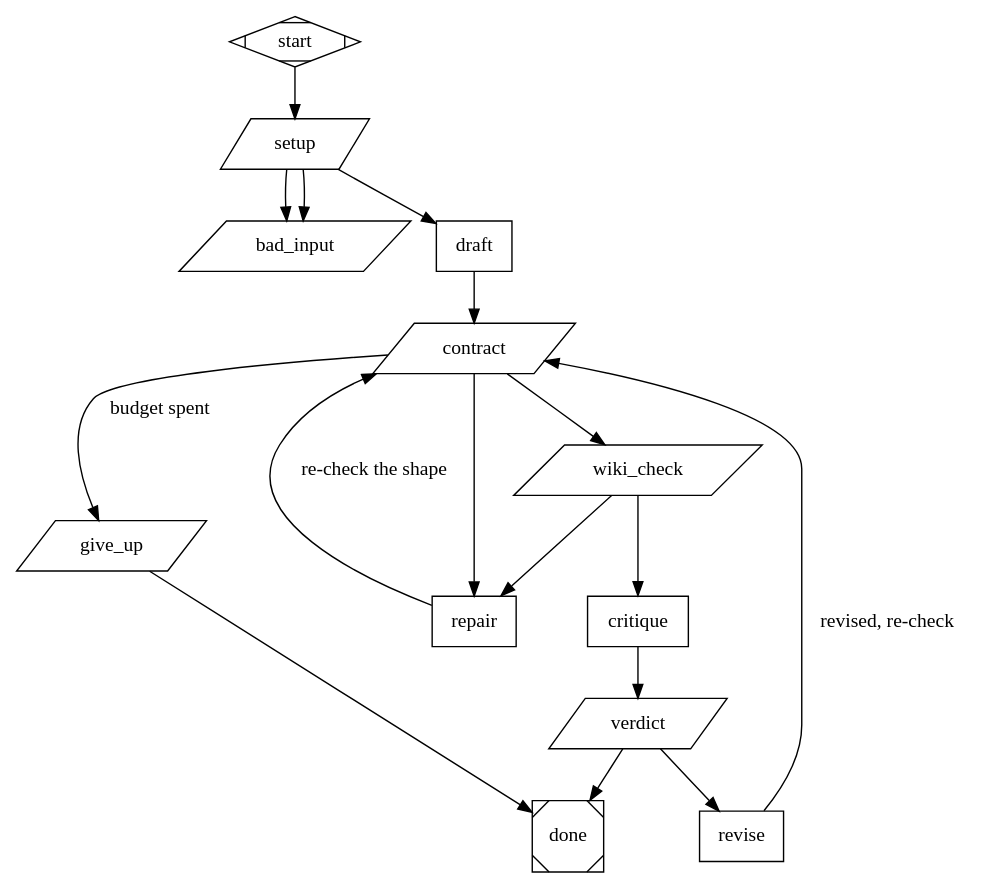
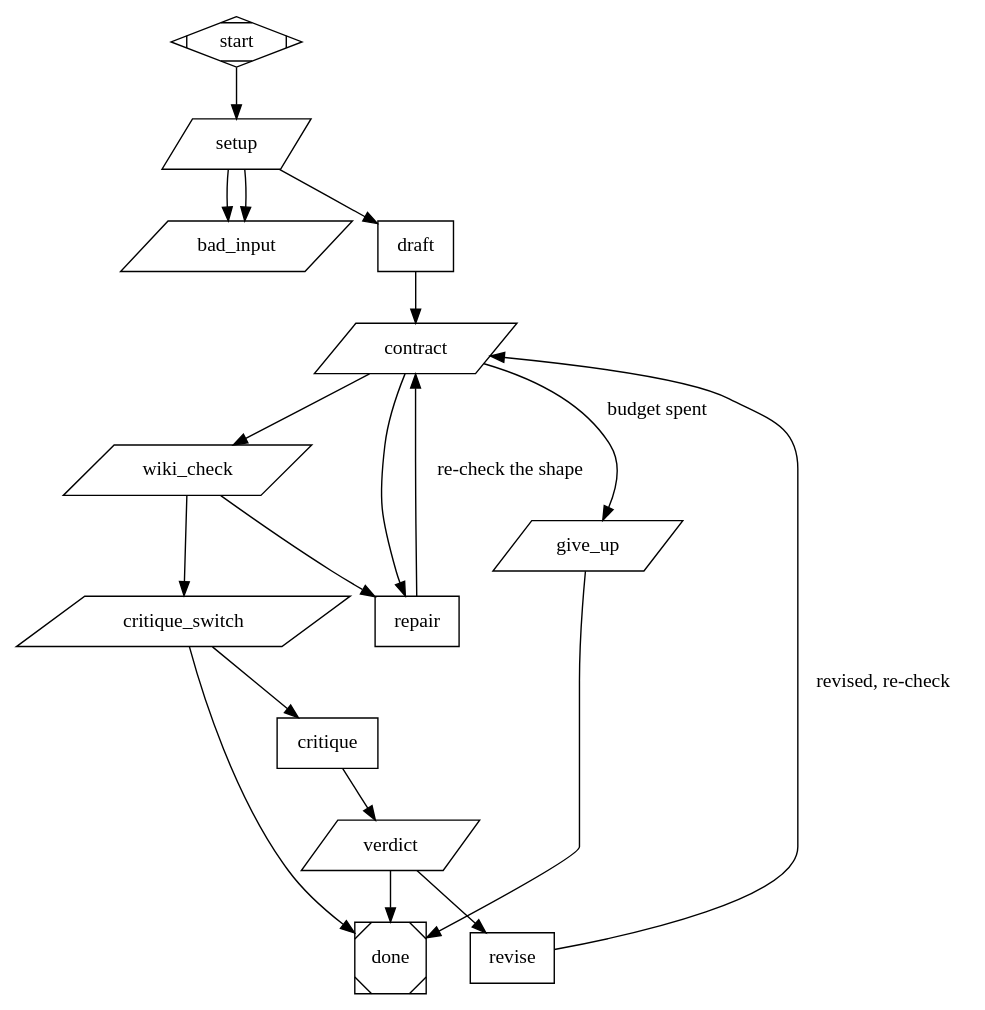
One commit to mparrett/let-go changed the diagram in tools/docs-runner/pipelines/page-update.dot. Above: the diagram before and after it, drawn with Graphviz. The commit also changed 2 other files, not shown here.

Commit message:
Make attractor's critique stage opt-in
Critique came with the attempt/verify/critique shape borrowed from
strange-lettractor's task-runner example, where it judges code against a
definition of done. On 436b407d it approved every wiki page on the first
pass, ran longer than the draft on two of three pages, accounted for most
of attractor's 5.5x cost over one-shot, and let both real defects through.

A switch after the validator now routes a page that clears both
mechanical gates straight to done unless ATTRACTOR_CRITIQUE=1 (template
variable attractor-critique, workflow input attractor_critique). The
contract repair loop is unchanged. `attractor validate`: 13 nodes, 18
edges, 0 errors.

````diff
--- a/tools/docs-runner/pipelines/page-update.dot
+++ b/tools/docs-runner/pipelines/page-update.dot
@@ -1,132 +1,145 @@
 // Draft, mechanically check, critique, revise -- one wiki page.
 //
 // This is the whole experiment. The docs runner's other backends answer
 // SYSTEM_PROMPT + USER_PROMPT with a single model call and take whatever comes
 // back; runner.py then applies four contract checks to the reply and, when one
 // fails, SKIPS the page. This graph puts those same four checks inside the loop
 // instead, so a reply that would have been dropped is handed back to the model
 // with the reason, and adds a critique pass over replies that are structurally
 // fine. Same harness, same page selection, same pull request -- the generation
 // step is the only thing that differs.
 //
 // Called by backends.AttractorBackend, which writes task.system.md and
 // task.user.md into a fresh working directory and reads state/answer.md back.
 // The file names are the interface between the two and must agree.
 
 digraph WikiPageUpdate {
     graph [
         goal="Produce the updated wiki page demanded by task.system.md and task.user.md, as state/answer.md, satisfying the reply contract the docs runner enforces and surviving a critique against the task's own rules.",
 
         default_max_retries=2,
         default_fidelity="truncate",
 
         // Nothing routes here on its own; every loop below re-enters through
         // the contract gate, which is where the iteration budget lives.
         retry_target="give_up"
     ]
 
     node [timeout="20m"]
     start [shape=Mdiamond]
     done  [shape=Msquare]
 
     // The budget is deliberately small. Each iteration is a full model call
     // over a diff plus a page body, this runs once per page, and a run does up
     // to MAX_PAGES_PER_RUN of them -- so a generous budget here multiplies into
     // real money and a job that outlives the Action's timeout. Three is enough
-    // for draft, one mechanical repair and one critique revision, which is the
-    // shape the failures actually take.
+    // for draft, one mechanical repair and one critique revision (when
+    // critique is on), which is the shape the failures actually take.
     setup [shape=parallelogram, timeout="30s", class="glue", max_retries=0,
         tool_command="if [ ! -s task.system.md ] || [ ! -s task.user.md ]; then printf missing; exit 0; fi; mkdir -p state || exit 1; B=${ATTRACTOR_PAGE_MAX_ITERATIONS:-3}; case \"$B\" in ''|*[!0-9]*) B=3;; esac; if [ \"$B\" -lt 1 ] || [ \"$B\" -gt 8 ]; then B=3; fi; echo \"$B\" > state/budget; printf ok"]
 
     bad_input [shape=parallelogram, timeout="30s", class="glue", max_retries=0,
         tool_command="echo 'FATAL: task.system.md or task.user.md missing or empty' >&2; exit 1"]
 
     // `must_write` rather than trusting the prose: a maker stage that answers in
     // chat instead of writing the file is a real failure mode, and catching it
     // here names it instead of letting the contract gate report an empty answer.
     draft [shape=box, class="maker", must_write="state/answer.md",
         prompt="Read task.system.md IN FULL -- it is your system prompt and its output contract is binding, and it is the ONLY place that says which of two jobs this is. Updating an existing page asks for the complete updated page starting with its frontmatter block, or the exact words NO CHANGE. Deciding whether a source file needs a NEW page asks for a PATH: line, a SUMMARY: line, then the page starting with its frontmatter block, or the exact words NO PAGE. Then read task.user.md, which holds the commit and its diff. Do exactly what task.system.md asks and write the result to state/answer.md. Write ONLY the deliverable: no preamble, no explanation, no code fence around the whole thing -- state/answer.md is consumed verbatim."]
 
     // The contract gate. Every check here mirrors one runner.py applies to a
     // reply, and each corresponds to an observed model failure: a bare
     // frontmatter block with no page (seen while evaluating candidate models),
     // a reply that forgot the frontmatter, and a whole page wrapped in a
     // Markdown fence. In the single-call backends each of these silently costs
     // the page. Here it costs an iteration.
     //
     // There are TWO contracts, not one, and conflating them was a real bug: the
     // first cluster run to reach a new-page decision failed here on a reply that
     // was correct. `update_page` wants a page starting with `---`, or NO CHANGE.
     // `create_page` wants `PATH:`, `SUMMARY:`, then the page, or NO PAGE -- a
     // reply that never starts with `---`. A gate that knows only the first
     // rejects every well-formed new-page answer, which would make this backend
     // worse than the single call at exactly the job it is meant to improve.
     //
     // The shape is detected from the answer rather than passed in, because
     // `Backend.complete(system, user)` carries no signal about which call it is
     // and widening that interface would touch every other backend.
     contract [shape=parallelogram, timeout="30s", class="gate", max_retries=0,
         goal_gate=true,
         tool_command="n=$(cat state/iter 2>/dev/null); n=$((${n:-0}+1)); echo $n > state/iter; B=$(cat state/budget 2>/dev/null); B=${B:-3}; if [ \"$n\" -gt \"$B\" ]; then printf exhausted; exit 0; fi; : > state/contract.log; A=state/answer.md; T=$(tr -d '[:space:]' < \"$A\" 2>/dev/null); if [ ! -s \"$A\" ]; then echo 'answer.md is missing or empty' >> state/contract.log; elif [ \"$T\" = 'NOCHANGE' ] || [ \"$T\" = 'NOPAGE' ]; then printf green; exit 0; else head -1 \"$A\" | grep -q '^[[:space:]]*```' && echo 'the reply is wrapped in a Markdown code fence; write the deliverable itself, not a fenced block' >> state/contract.log; if head -1 \"$A\" | grep -q '^PATH:'; then grep -q '^SUMMARY:' \"$A\" || echo 'a new-page reply needs a SUMMARY: line after PATH:' >> state/contract.log; grep -q '^---$' \"$A\" || echo 'a new-page reply needs the page itself after SUMMARY:, starting with a frontmatter delimiter line (---)' >> state/contract.log; elif ! head -1 \"$A\" | grep -q '^---$'; then echo 'the reply begins with neither a frontmatter delimiter line (---) nor a PATH: line; runner.py drops such a reply' >> state/contract.log; fi; c=$(awk '/^---$/{ if(s==0){s=1; next} else if(s==1){s=2; next} } s==2 && NF{n++} END{print n+0}' \"$A\"); [ \"${c:-0}\" -gt 0 ] || echo 'there is no page body after the frontmatter block; an empty page is worse than no page' >> state/contract.log; fi; if [ -s state/contract.log ]; then printf red; exit 1; fi; printf green"]
 
     // The wiki's own validator, the one verifier here that is not a model.
     // runner.py runs it too, but once, after every page is written, where a
     // complaint fails the whole run. Here it costs an iteration. The script
     // works on a private copy of the wiki and counts only complaints the copy
     // did not already have; it prints `skip` when the backend was given no
     // wiki (tests, local experiments), which routes on like a pass.
     wiki_check [shape=parallelogram, timeout="2m", class="gate", max_retries=0,
         tool_command="if [ -z \"${DOCS_WIKI_CHECK:-}\" ]; then printf skip; exit 0; fi; \"${DOCS_WIKI_PYTHON:-python3}\" \"$DOCS_WIKI_CHECK\""]
 
     repair [shape=box, class="maker", must_write="state/answer.md",
         prompt="Your previous answer violated the output contract. state/contract.log lists exactly what is wrong with state/answer.md; task.system.md states the contract it breaks. Fix state/answer.md so every complaint in state/contract.log is resolved. Change only what the contract requires -- the substance of the page was not what was rejected, its shape was. Do not add commentary to the file."]
 
+    // Critique is opt-in (ATTRACTOR_CRITIQUE=1). It came with the loop shape
+    // borrowed from strange-lettractor's task-runner example, where it judges
+    // code against a definition of done. For a wiki page it earned nothing:
+    // on 436b407d it approved every page on the first pass, took longer than
+    // the draft on two of three, and passed both real defects (a redundant new
+    // page and a fabricated last-verified date). The two mechanical gates
+    // above are what have caught things, so by default a page that clears
+    // them is done.
+    critique_switch [shape=parallelogram, timeout="30s", class="glue", max_retries=0,
+        tool_command="case \"${ATTRACTOR_CRITIQUE:-0}\" in 1|true|yes) printf critique;; *) printf skip;; esac"]
+
     critique [shape=box, class="maker", must_write="state/critique.md",
         prompt="state/answer.md satisfies the mechanical contract. Now judge whether it is actually good. Re-read task.system.md for the rules the page must follow and task.user.md for what the commit actually changed. Check, specifically: does the page reflect what this commit did, or has it drifted into restating things the commit did not touch? Are the frontmatter fields still accurate, including citations and dates? Did it invent behaviour the diff does not show? Did it delete content that is still true? Is the edit proportionate -- a small commit should not rewrite a page. Write state/critique.md ending with a line reading exactly VERDICT: APPROVED or VERDICT: REVISE, and when it is REVISE, list the specific changes required above that line. Approve work that is correct and proportionate; you are not required to find fault, and a gratuitous revision costs a model call and risks making the page worse."]
 
     verdict [shape=parallelogram, timeout="30s", class="glue", max_retries=0,
         tool_command="grep -qE '^VERDICT: APPROVED' state/critique.md && printf approved || printf revise"]
 
     revise [shape=box, class="maker", must_write="state/answer.md",
         prompt="Apply the changes state/critique.md requires to state/answer.md, and nothing beyond them. Keep the output contract from task.system.md intact: the file stays a complete page beginning with its frontmatter, with no commentary. If on reflection a criticism is wrong, leave that part as it is and say why at the end of state/critique.md -- but do not simply ignore it."]
 
     // Budget spent without the critic approving. The answer still goes back:
     // it has passed the same contract checks the single-call backends apply, so
     // it is no worse than the baseline's output, and refusing to emit it would
     // turn a merely-unconverged page into a skipped one. The marker file and
     // the stderr line are what keep that from being a silent quality claim --
     // the container log is the run's only durable record.
     give_up [shape=parallelogram, timeout="30s", class="glue", max_retries=0,
         tool_command="if [ ! -s state/answer.md ]; then echo 'ABANDONED: iteration budget spent with no answer that satisfies the output contract' >&2; exit 1; fi; touch state/unconverged; echo \"UNCONVERGED: emitting the last answer after $(cat state/iter 2>/dev/null) iterations without critic approval; see state/critique.md\" >&2; printf emit"]
 
     start -> setup
     setup -> bad_input [condition="outcome=fail"]
     setup -> bad_input [condition="context.tool.output=missing"]
     setup -> draft     [condition="context.tool.output=ok"]
 
     draft -> contract
 
     contract -> wiki_check [condition="context.tool.output=green && outcome=success"]
     contract -> repair   [condition="outcome=fail"]
     contract -> give_up  [condition="context.tool.output=exhausted && outcome=success", label="budget spent"]
 
     // A validator complaint is repaired like a contract break, and the repair
     // goes back through the contract gate, where the budget is counted.
-    wiki_check -> critique [condition="outcome=success"]
+    wiki_check -> critique_switch [condition="outcome=success"]
+    critique_switch -> critique [condition="context.tool.output=critique"]
+    critique_switch -> done     [condition="context.tool.output=skip"]
     wiki_check -> repair   [condition="outcome=fail"]
 
     // Back through the gate rather than onward: the repair is itself a model
     // call and can violate the contract in a new way, and the gate is also
     // where the iteration counter lives.
     repair -> contract [loop_restart="true", fidelity="truncate", label="re-check the shape"]
 
     critique -> verdict
     verdict -> done   [condition="context.tool.output=approved"]
     verdict -> revise [condition="context.tool.output=revise"]
 
     // Same reason: a revision is a fresh page body and has to clear the
     // contract again before it can be approved.
     revise -> contract [loop_restart="true", fidelity="truncate", label="revised, re-check"]
 
     give_up -> done
 }
````
